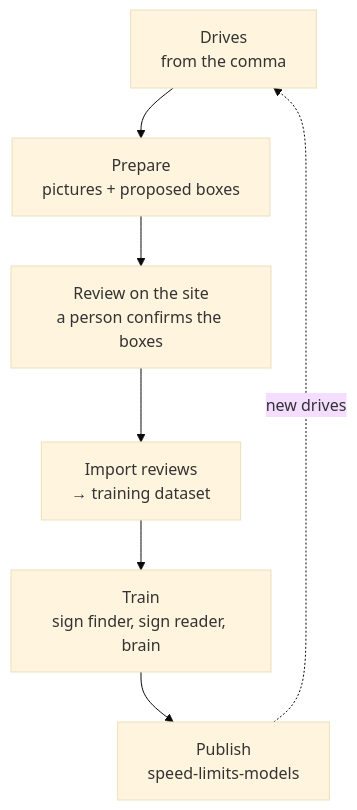
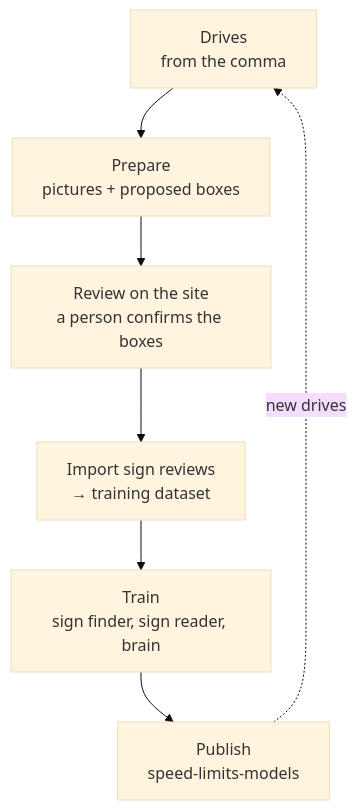
The second of 3 diagrams in README.md (cristianku/sunnypilot.speedlimits), drawn with Mermaid (base theme) before and after one commit. The commit also changed other lines of this file and 30 other files, not shown here.

First line of the commit message:
Brain: only the seconds with a road type are learned, the type aside; Import sign reviews says what it imports

````diff
--- a/README.md
+++ b/README.md
@@ -47,9 +47,9 @@
 ```mermaid
 flowchart TD
   A["Drives<br/>from the comma"] --> B["Prepare<br/>pictures + proposed boxes"]
   B --> C["Review on the site<br/>a person confirms the boxes"]
-  C --> D["Import reviews<br/>→ training dataset"]
+  C --> D["Import sign reviews<br/>→ training dataset"]
   D --> E["Train<br/>sign finder, sign reader, brain"]
   E --> F["Publish<br/>speed-limits-models"]
   F -.->|new drives| A
 ```
````
